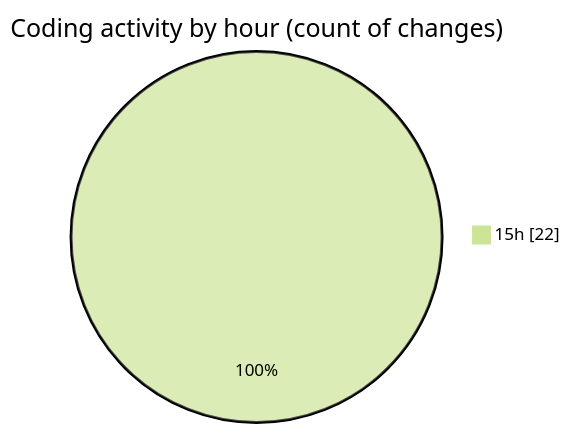
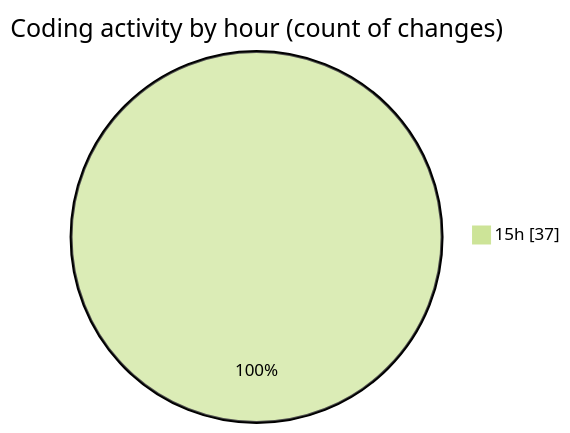
Before and after one commit to Netris89/code-tracking: the second of 2 diagrams in 2025-10-26/skintrack/README.md, drawn with Mermaid (forest theme). The commit also changed other lines of this file and 1 other file, not shown here.

````diff
--- a/2025-10-26/skintrack/README.md
+++ b/2025-10-26/skintrack/README.md
@@ -29,5 +33,5 @@
 ```mermaid
 pie showData
 title Coding activity by hour (count of changes)
-"15h" : 22
+"15h" : 37
 ```
````
